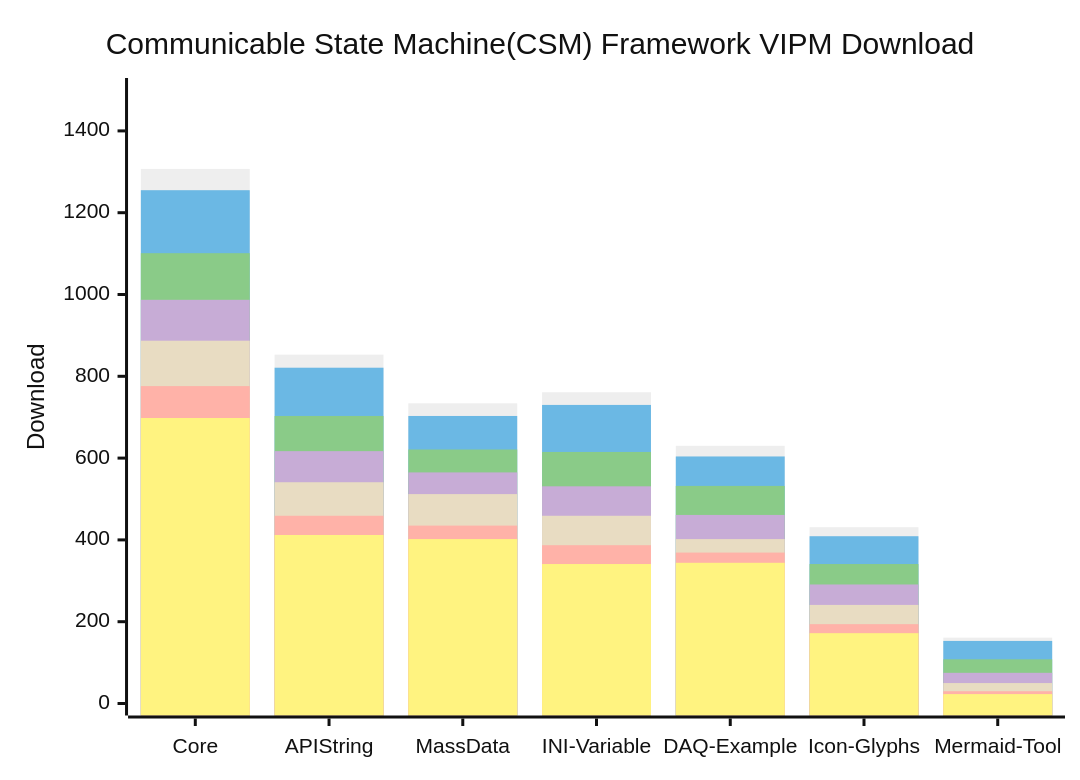
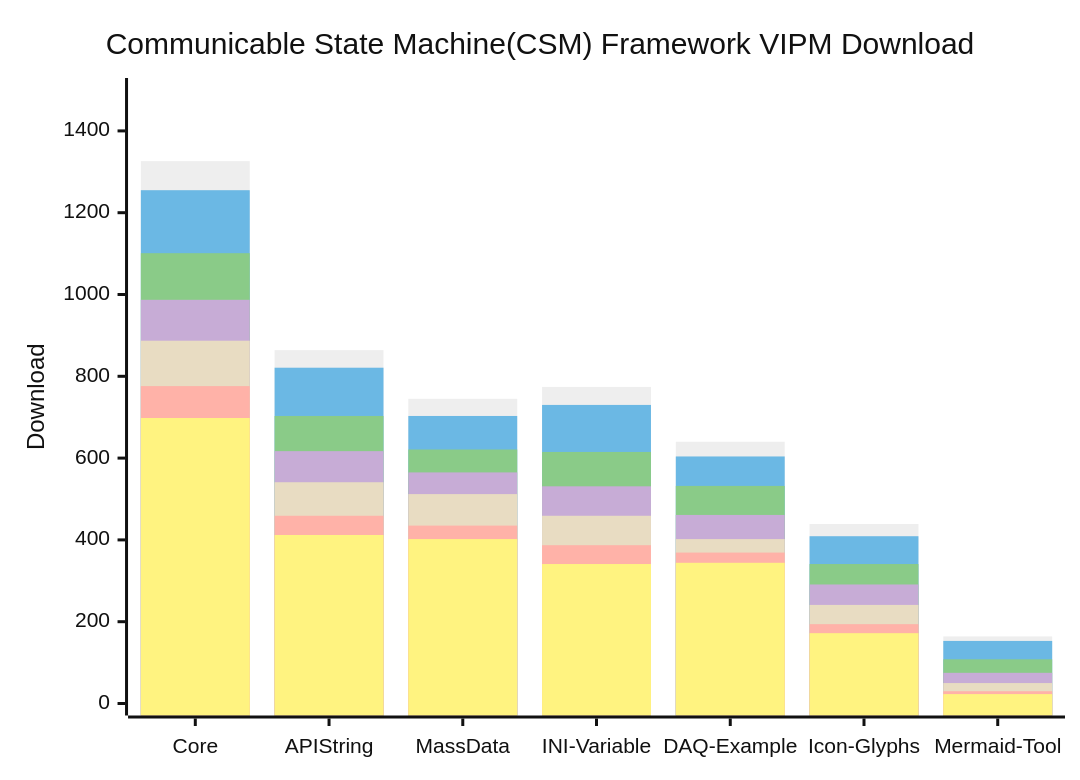
The diagram in profile/README.md (NEVSTOP-LAB/.github), drawn with Mermaid (neutral theme) before and after one commit.

````diff
--- a/profile/README.md
+++ b/profile/README.md
@@ -31,13 +31,13 @@
 ```mermaid
     xychart-beta
     title "Communicable State Machine(CSM) Framework VIPM Download"
     x-axis [Core, API String, MassData, INI-Variable, DAQ-Example, Icon-Glyphs, Mermaid-Tool]
     y-axis "Download" 0 --> 1500
-    bar   [1307, 853, 734, 761, 630, 431, 161]
+    bar   [1326, 864, 745, 774, 640, 439, 164]
     bar   [1255, 821, 703, 730, 604, 409, 153]
     bar   [1101, 703, 621, 615, 532, 341, 108]
     bar   [987, 617, 565, 531, 461, 291, 75]
     bar   [887, 541, 512, 459, 402, 241, 50]
     bar   [776, 459, 435, 387, 369, 194, 30]
     bar   [698, 412, 402, 341, 344, 172, 23]
 ```
````
